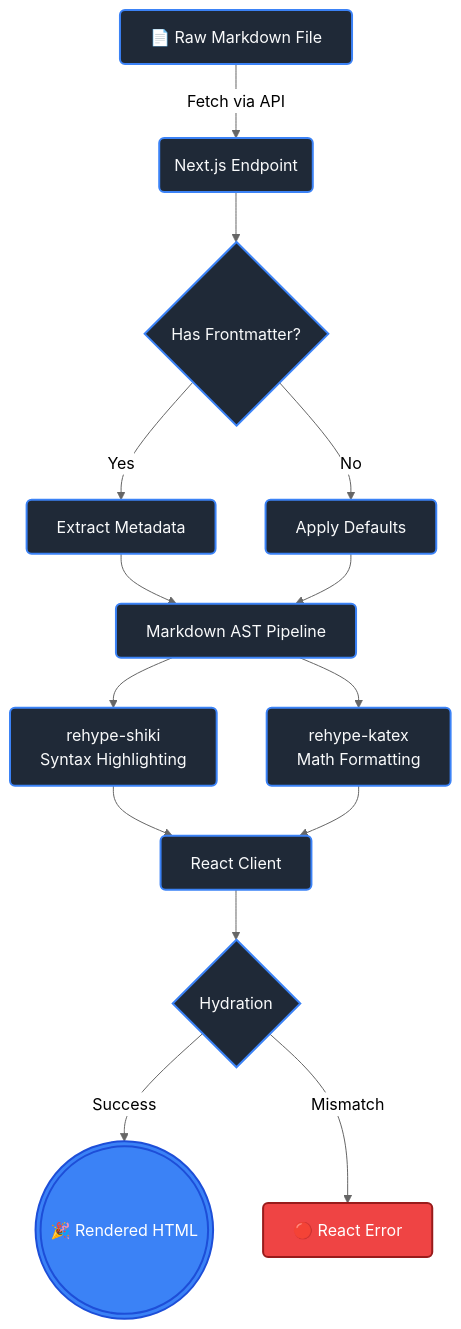
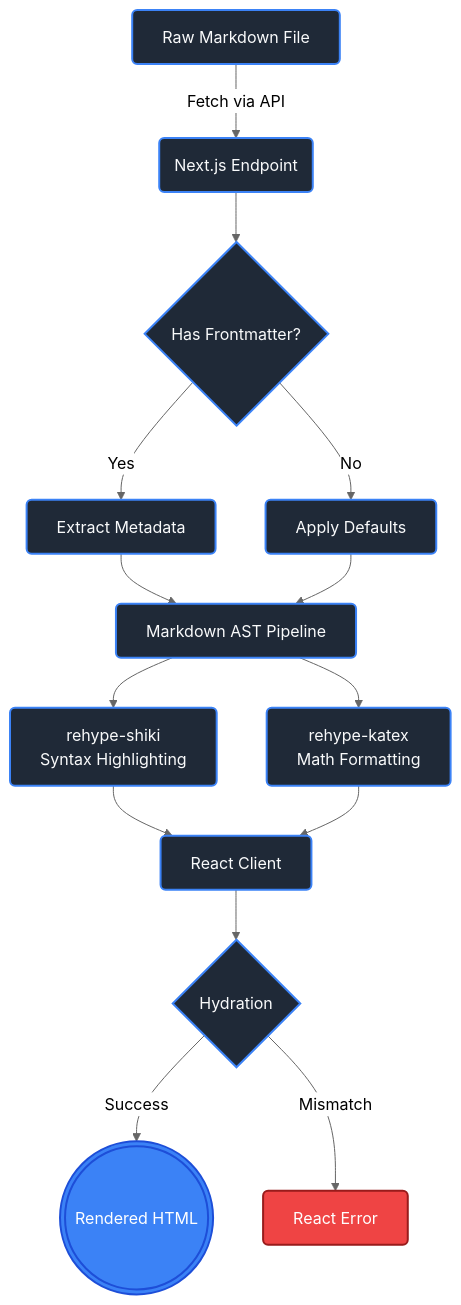
Before and after one commit to nideeshkayal/nid-notes: the diagram in notes/showcase.md, drawn with Mermaid (neutral theme). The commit also changed 3 other files, not shown here.

Commit message:
fix: resolve theme mismatch, draft pre-fill, add diagram persistence and date formatting

````diff
--- a/notes/showcase.md
+++ b/notes/showcase.md
@@ -21,28 +21,28 @@
 ```mermaid
 graph TD
     classDef default fill:#1f2937,stroke:#3b82f6,stroke-width:2px,color:#f9fafb,rx:5px,ry:5px
     classDef highlight fill:#3b82f6,stroke:#1d4ed8,stroke-width:2px,color:#ffffff,rx:5px,ry:5px
     classDef error fill:#ef4444,stroke:#991b1b,stroke-width:2px,color:#ffffff,rx:5px,ry:5px
 
-    A[📄 Raw Markdown File] -->|Fetch via API| B(Next.js Endpoint)
+    A[  Raw Markdown File] -->|Fetch via API| B(Next.js Endpoint)
     
     B --> C{Has Frontmatter?}
     C -- Yes --> D[Extract Metadata]
     C -- No --> E[Apply Defaults]
     
     D --> F
     E --> F[Markdown AST Pipeline]
     
     F --> G[rehype-shiki<br/>Syntax Highlighting]
     F --> H[rehype-katex<br/>Math Formatting]
     
     G --> I[React Client]
     H --> I
     
     I --> J{Hydration}
-    J -- Success --> K(((🎉 Rendered HTML)))
-    J -- Mismatch --> L[🔴 React Error]
+    J -- Success --> K(((Rendered HTML)))
+    J -- Mismatch --> L[React Error]
     
     class K highlight
     class L error
 ```
````
